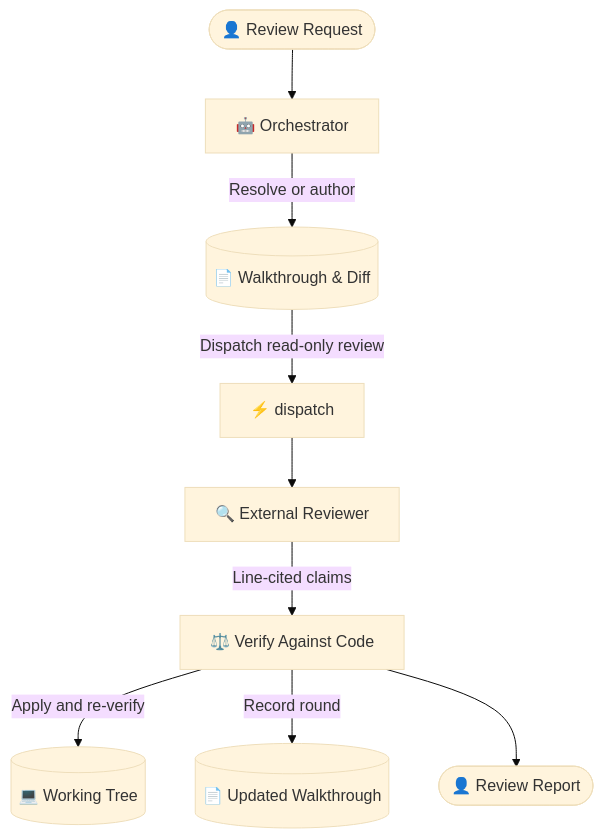
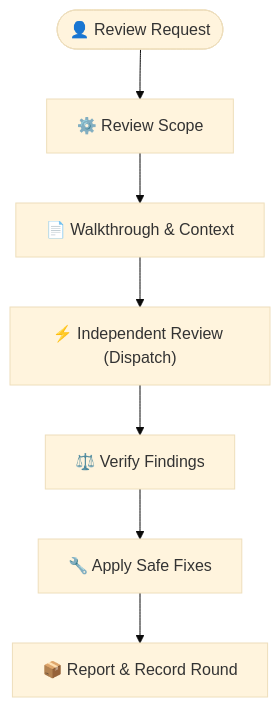
One commit to Gyunikuchan/dispatch-skills changed the diagram in skills/dispatch-code-review/README.md. Above: the diagram before and after it, drawn with Mermaid (base theme). The commit also changed other lines of this file and 34 other files, not shown here.

````diff
--- a/skills/dispatch-code-review/README.md
+++ b/skills/dispatch-code-review/README.md
@@ -14,11 +6,9 @@
 ```mermaid
 flowchart TD
-    Prompt(["👤 Review Request"]) --> Orchestrator["🤖 Orchestrator"]
-    Orchestrator -->|"Resolve or author"| Walkthrough[("📄 Walkthrough & Diff")]
-    Walkthrough -->|"Dispatch read-only review"| Dispatch["⚡ dispatch"]
-    Dispatch --> Delegate["🔍 External Reviewer"]
-    Delegate -->|"Line-cited claims"| Adjudicate["⚖️ Verify Against Code"]
-    Adjudicate -->|"Apply and re-verify"| WorkTree[("💻 Working Tree")]
-    Adjudicate -->|"Record round"| UpdatedWalkthrough[("📄 Updated Walkthrough")]
-    Adjudicate --> Report(["👤 Review Report"])
+    User(["👤 Review Request"]) --> Scope["⚙️ Review Scope"]
+    Scope --> Context["📄 Walkthrough & Context"]
+    Context --> Review["⚡ Independent Review (Dispatch)"]
+    Review --> Verify["⚖️ Verify Findings"]
+    Verify --> Fix["🔧 Apply Safe Fixes"]
+    Fix --> Handoff["📦 Report & Record Round"]
 ```
````
